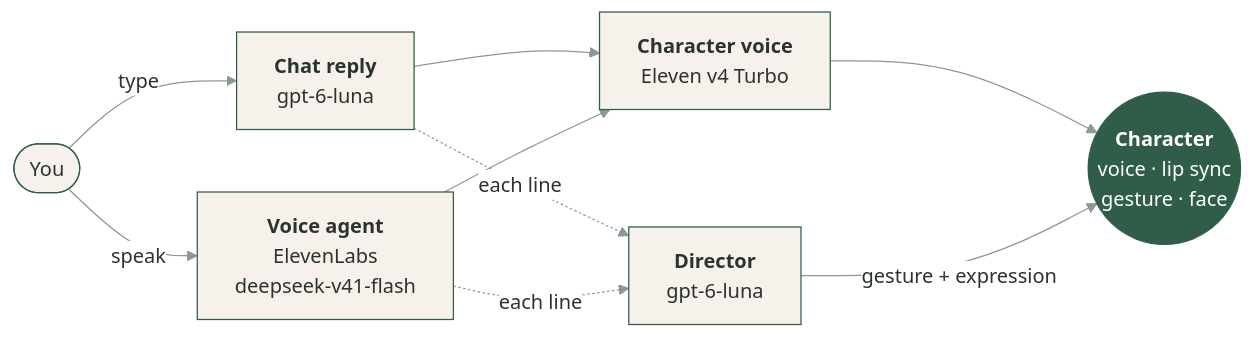
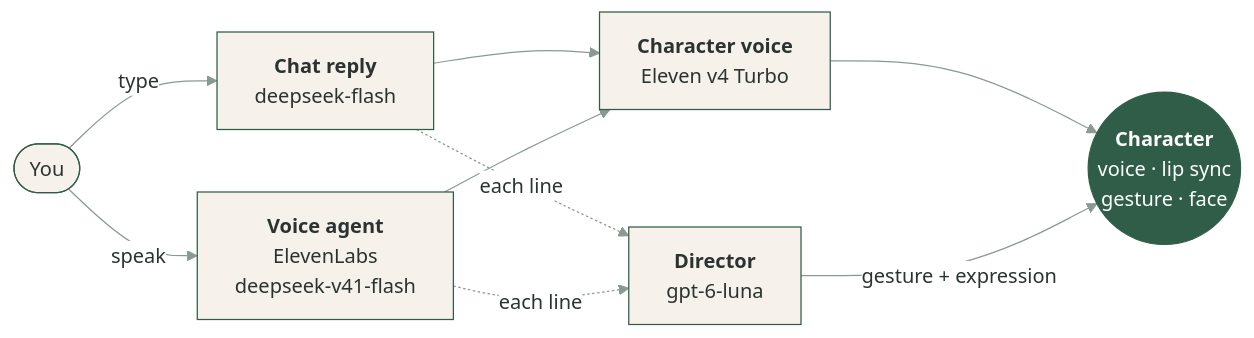
The diagram in README.md (Yun-0000/Anima), drawn with Mermaid before and after one commit. The commit also changed other lines of this file and 22 other files, not shown here.

````diff
--- a/README.md
+++ b/README.md
@@ -98,20 +99,20 @@
 ```mermaid
 %%{init: {"theme": "base", "themeVariables": {"primaryColor": "#f6f1ea", "primaryBorderColor": "#2f5d48", "primaryTextColor": "#2b3330", "lineColor": "#8a9a90", "edgeLabelBackground": "#ffffff"}}}%%
 flowchart LR
   you([You])
-  chat["<b>Chat reply</b><br/>gpt-6-luna"]
+  chat["<b>Chat reply</b><br/>deepseek-flash"]
   agent["<b>Voice agent</b><br/>ElevenLabs<br/>deepseek-v41-flash"]
   voice["<b>Character voice</b><br/>Eleven v4 Turbo"]
   director["<b>Director</b><br/>gpt-6-luna"]
   char(("<b>Character</b><br/>voice · lip sync<br/>gesture · face"))
 
   you -- type --> chat --> voice
   you -- speak --> agent --> voice
   chat -. each line .-> director
   agent -. each line .-> director
   voice --> char
   director -- gesture + expression --> char
 
   classDef accent fill:#2f5d48,stroke:#2f5d48,color:#ffffff
   class char accent
 ```
````
